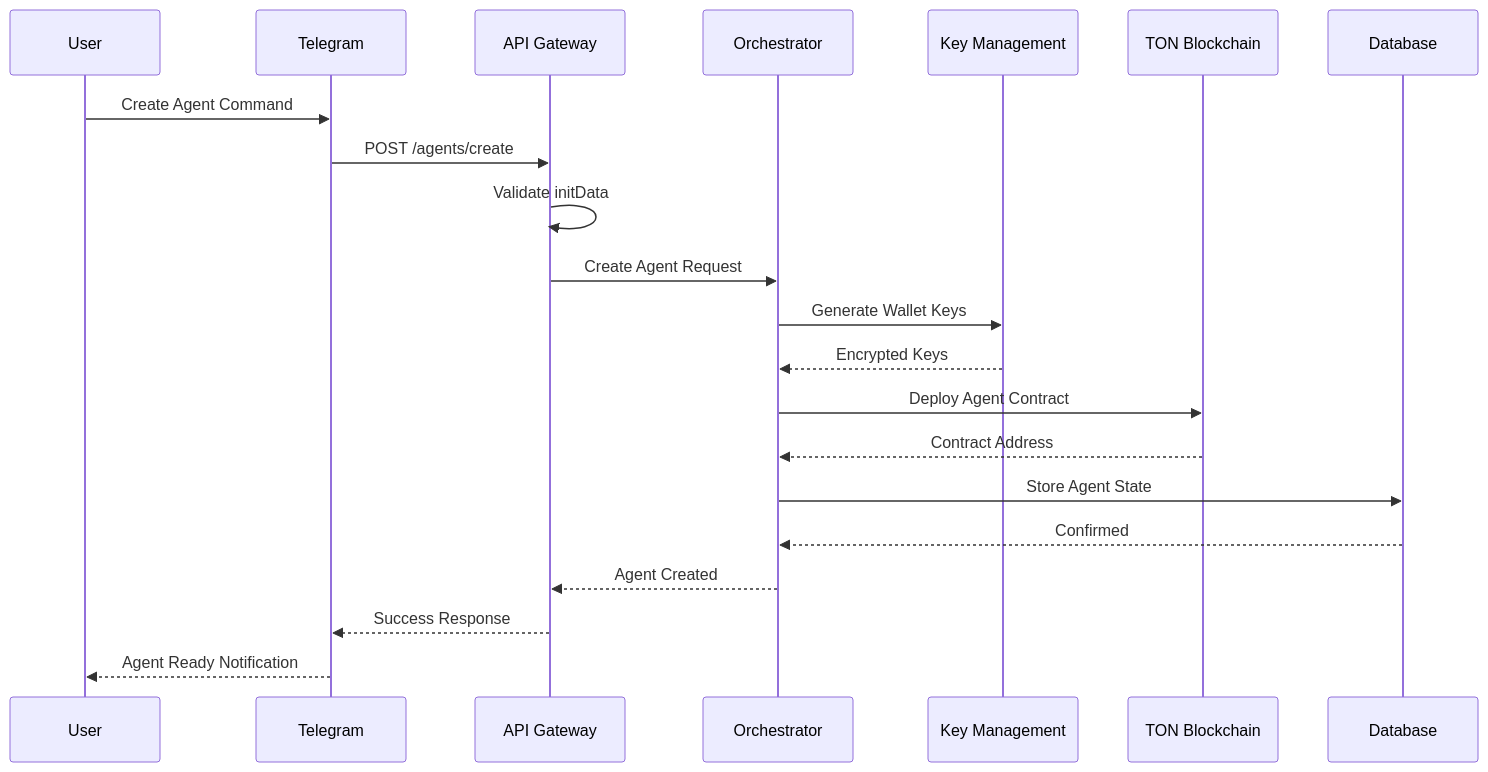
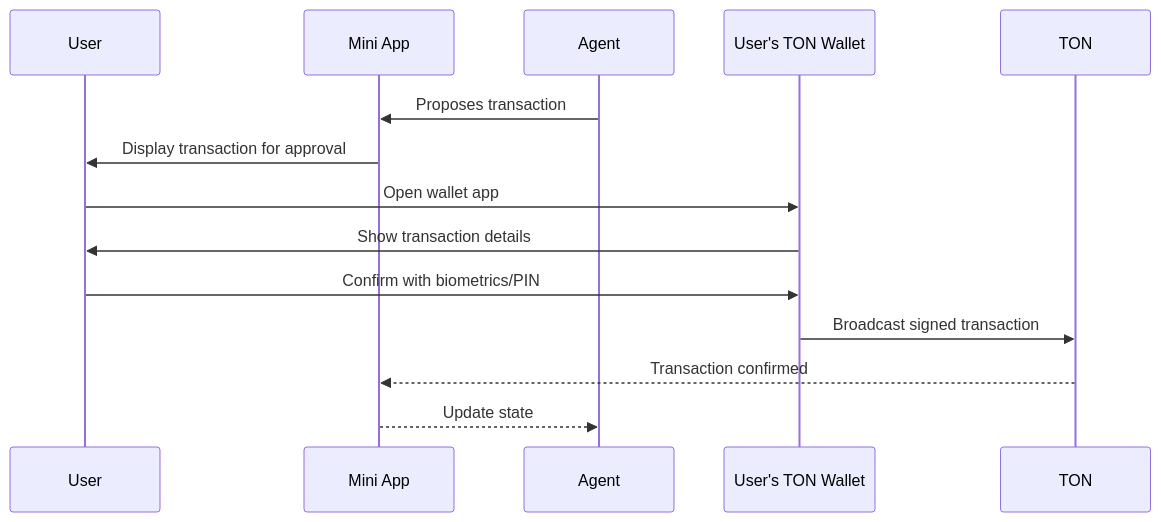
The eighth of 39 diagrams in docs/architecture.md (xlabtg/TONAIAgent), drawn with Mermaid before and after one commit. The commit also changed other lines of this file, not shown here.

First line of the commit message:
Comprehensive architecture update addressing PR feedback

````diff
--- a/docs/architecture.md
+++ b/docs/architecture.md
@@ -244,24 +618,16 @@
 ```mermaid
 sequenceDiagram
     participant U as User
-    participant TG as Telegram
-    participant API as API Gateway
-    participant ORCH as Orchestrator
-    participant KMS as Key Management
-    participant TON as TON Blockchain
-    participant DB as Database
+    participant APP as Mini App
+    participant AGENT as Agent
+    participant WALLET as User's TON Wallet
 
-    U->>TG: Create Agent Command
-    TG->>API: POST /agents/create
-    API->>API: Validate initData
-    API->>ORCH: Create Agent Request
-    ORCH->>KMS: Generate Wallet Keys
-    KMS-->>ORCH: Encrypted Keys
-    ORCH->>TON: Deploy Agent Contract
-    TON-->>ORCH: Contract Address
-    ORCH->>DB: Store Agent State
-    DB-->>ORCH: Confirmed
-    ORCH-->>API: Agent Created
-    API-->>TG: Success Response
-    TG-->>U: Agent Ready Notification
+    AGENT->>APP: Proposes transaction
+    APP->>U: Display transaction for approval
+    U->>WALLET: Open wallet app
+    WALLET->>U: Show transaction details
+    U->>WALLET: Confirm with biometrics/PIN
+    WALLET->>TON: Broadcast signed transaction
+    TON-->>APP: Transaction confirmed
+    APP-->>AGENT: Update state
 ```
````
